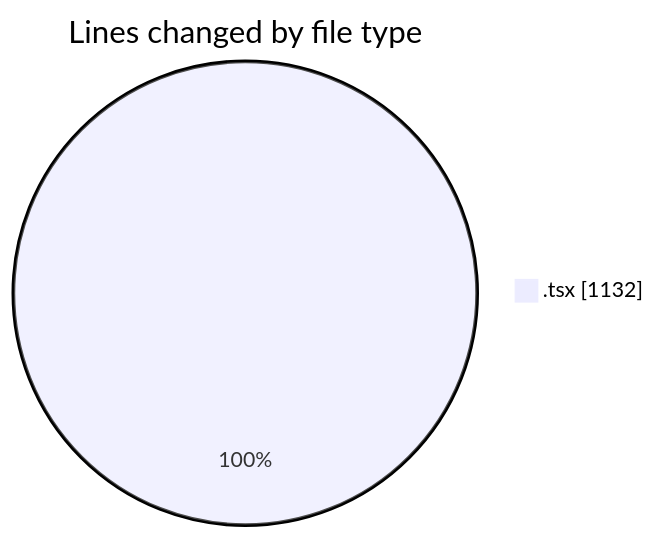
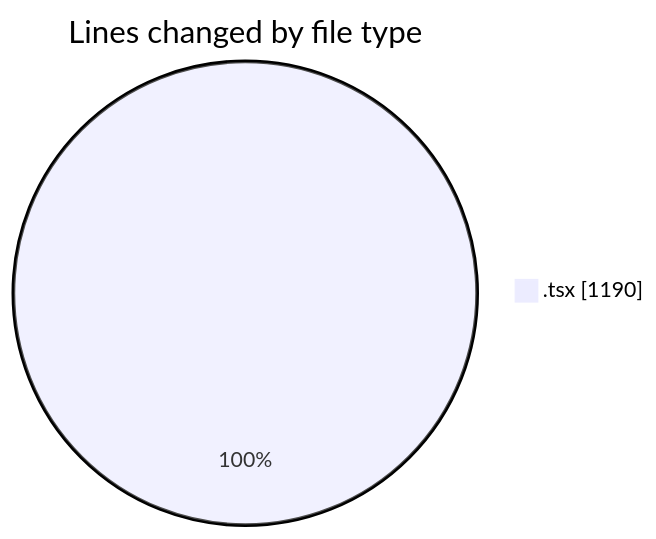
Before and after one commit to nxtqubesakshisongat/code-tracking: the first of 2 diagrams in 2026-03-18/nxtqube_webapp/README.md, drawn with Mermaid. The commit also changed other lines of this file and 1 other file, not shown here.

````diff
--- a/2026-03-18/nxtqube_webapp/README.md
+++ b/2026-03-18/nxtqube_webapp/README.md
@@ -22,5 +22,5 @@
 ```mermaid
 pie showData
 title Lines changed by file type
-".tsx" : 1132
+".tsx" : 1190
 ```
````
